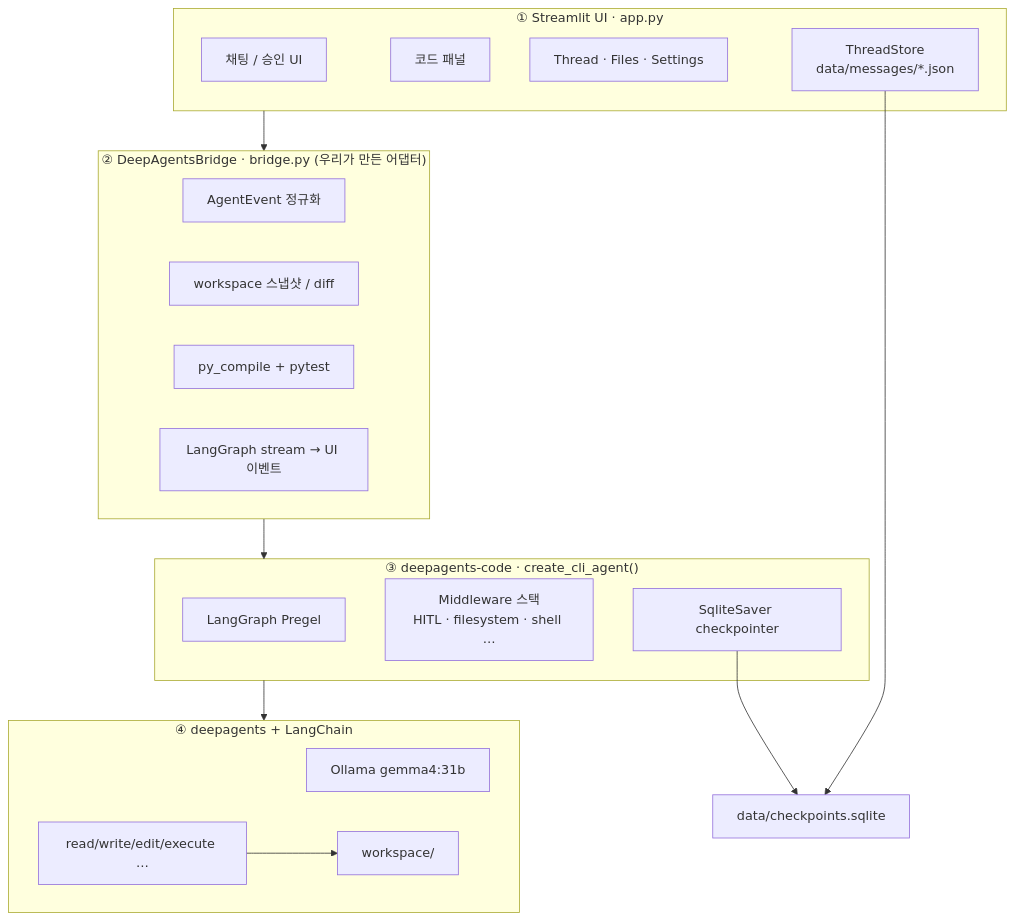
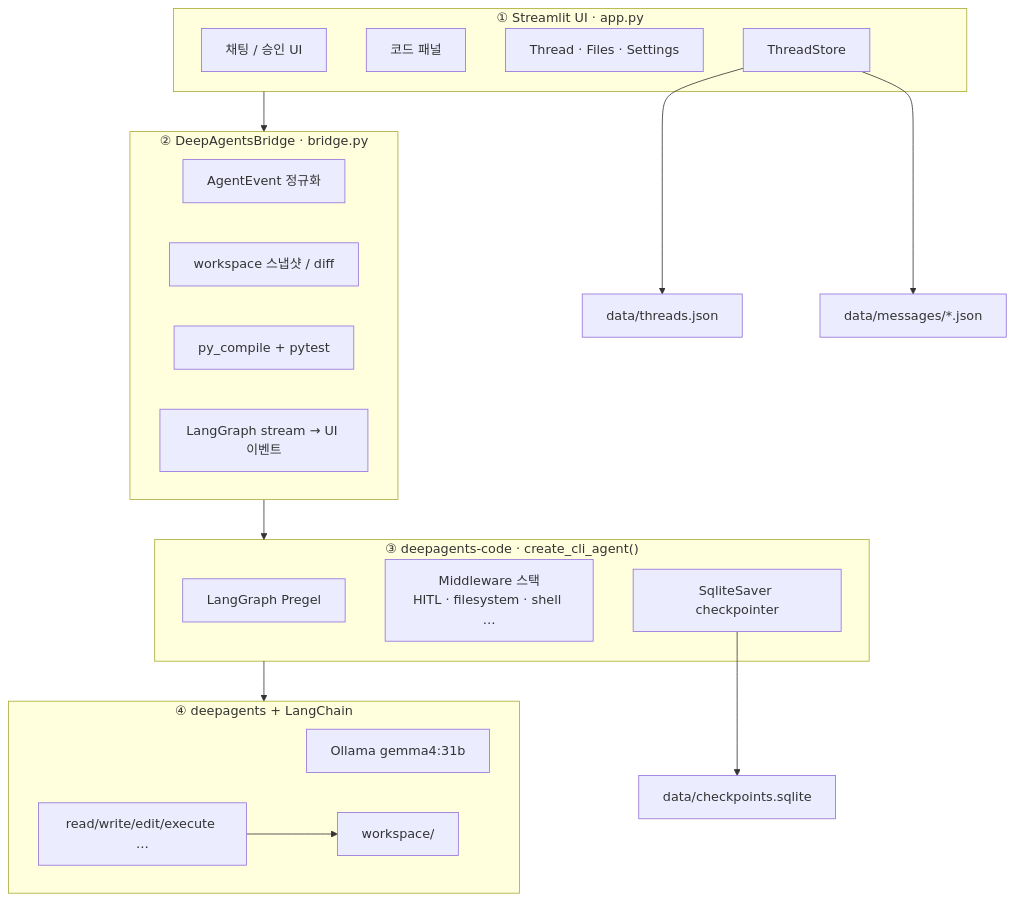
Before and after one commit to eunbijoel/coding_agent: the diagram in README.md, drawn with Mermaid. The commit also changed 1 other file, not shown here.

Commit message:
Clarify ThreadStore paths in README and harden run_app.sh.
Document threads.json and messages separately in the architecture diagram, and always install requirements into .venv before launching Streamlit.

````diff
--- a/README.md
+++ b/README.md
@@ -9,35 +9,36 @@
 ```mermaid
 flowchart TB
     subgraph UI["① Streamlit UI · app.py"]
         Chat["채팅 / 승인 UI"]
         Editor["코드 패널"]
         Sidebar["Thread · Files · Settings"]
-        ThreadStore["ThreadStore<br/>data/messages/*.json"]
+        ThreadStore["ThreadStore"]
     end
 
-    subgraph Bridge["② DeepAgentsBridge · bridge.py (우리가 만든 어댑터)"]
+    subgraph Bridge["② DeepAgentsBridge · bridge.py"]
         Events["AgentEvent 정규화"]
         Snap["workspace 스냅샷 / diff"]
         Verify["py_compile + pytest"]
         Map["LangGraph stream → UI 이벤트"]
     end
 
     subgraph DCode["③ deepagents-code · create_cli_agent()"]
         Graph["LangGraph Pregel"]
         MW["Middleware 스택<br/>HITL · filesystem · shell …"]
         CP["SqliteSaver checkpointer"]
     end
 
     subgraph Runtime["④ deepagents + LangChain"]
         Model["Ollama gemma4:31b"]
         Hands["read/write/edit/execute …"]
         WS["workspace/"]
     end
 
     UI --> Bridge
     Bridge --> DCode
     DCode --> Runtime
     Hands --> WS
+    ThreadStore --> ThreadsIdx["data/threads.json"]
+    ThreadStore --> MsgData["data/messages/*.json"]
     CP --> Data["data/checkpoints.sqlite"]
-    ThreadStore --> Data
 ```
````
